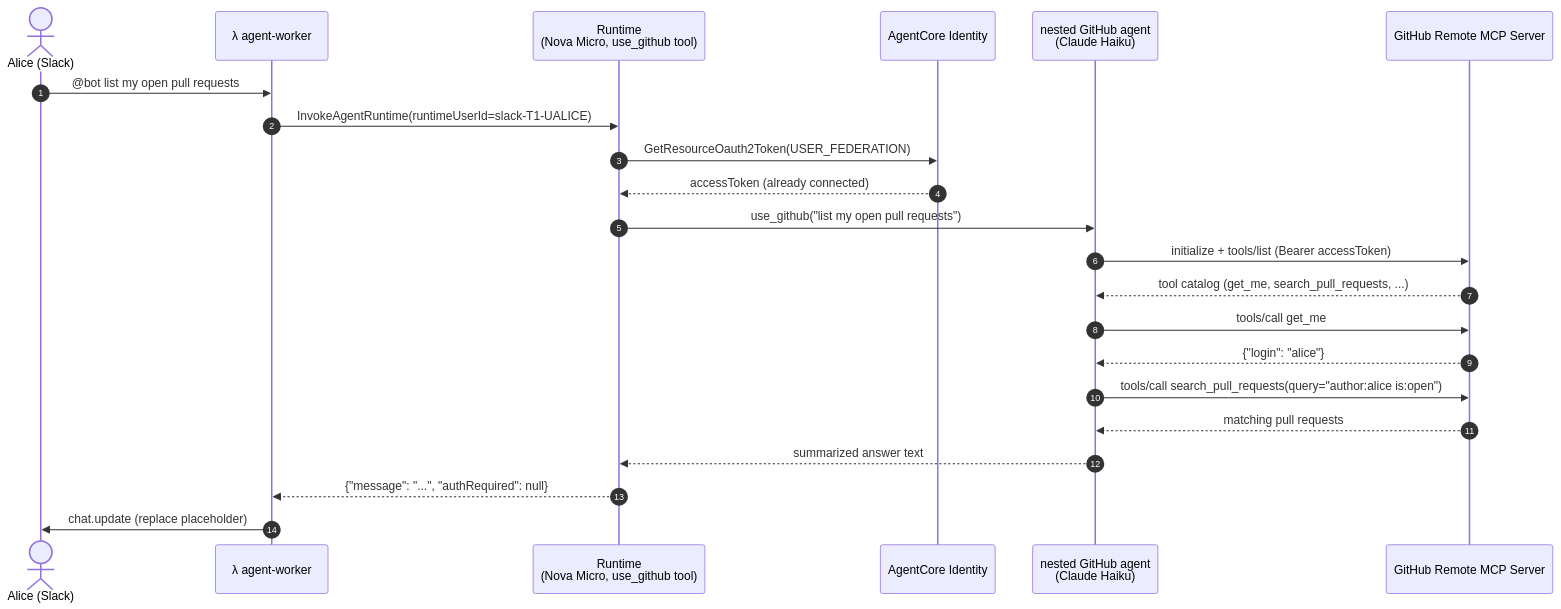
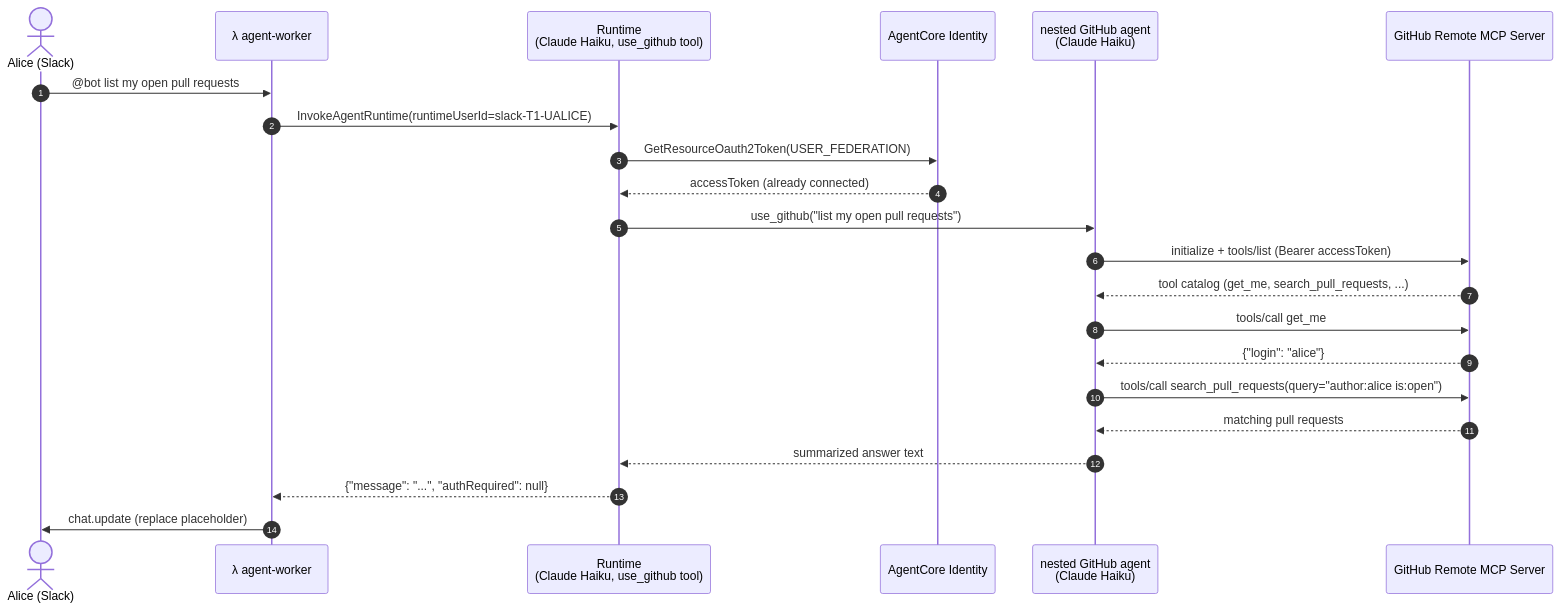
The fourth of 5 diagrams in docs/architecture.md (agent-runtime-labs/slack-agentcore-app), drawn with Mermaid before and after one commit. The commit also changed other lines of this file and 30 other files, not shown here.

````diff
--- a/docs/architecture.md
+++ b/docs/architecture.md
@@ -151,25 +152,25 @@
 ```mermaid
 sequenceDiagram
     autonumber
     actor A as Alice (Slack)
     participant W as λ agent-worker
-    participant R as Runtime<br/>(Nova Micro, use_github tool)
+    participant R as Runtime<br/>(Claude Haiku, use_github tool)
     participant I as AgentCore Identity
     participant G as nested GitHub agent<br/>(Claude Haiku)
     participant MCP as GitHub Remote MCP Server
 
     A->>W: @bot list my open pull requests
     W->>R: InvokeAgentRuntime(runtimeUserId=slack-T1-UALICE)
     R->>I: GetResourceOauth2Token(USER_FEDERATION)
     I-->>R: accessToken (already connected)
     R->>G: use_github("list my open pull requests")
     G->>MCP: initialize + tools/list (Bearer accessToken)
     MCP-->>G: tool catalog (get_me, search_pull_requests, ...)
     G->>MCP: tools/call get_me
     MCP-->>G: {"login": "alice"}
     G->>MCP: tools/call search_pull_requests(query="author:alice is:open")
     MCP-->>G: matching pull requests
     G-->>R: summarized answer text
     R-->>W: {"message": "...", "authRequired": null}
     W->>A: chat.update (replace placeholder)
 ```
````
